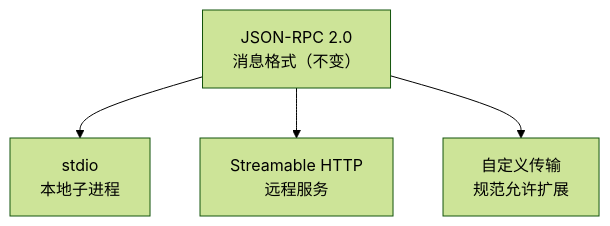
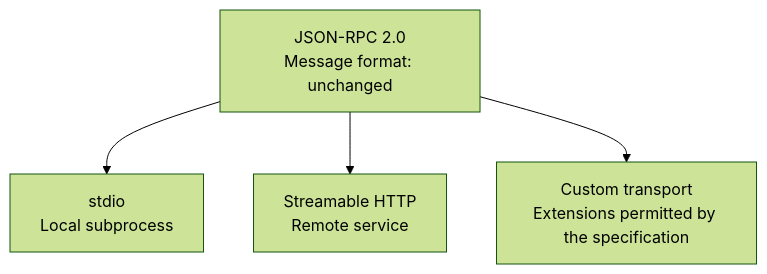
The fourth of 5 diagrams in docs/tools/02-mcp/05-mcp-components.md (oneleaveknowsthefall/awesome-ai-roadmap), drawn with Mermaid (forest theme) before and after one commit. The commit also changed other lines of this file and 42 other files, not shown here.

````diff
--- a/docs/tools/02-mcp/05-mcp-components.md
+++ b/docs/tools/02-mcp/05-mcp-components.md
@@ -157,7 +157,7 @@
 ```mermaid
 flowchart TB
-    MSG["JSON-RPC 2.0<br/>消息格式（不变）"]
-    MSG --> T1["stdio<br/>本地子进程"]
-    MSG --> T2["Streamable HTTP<br/>远程服务"]
-    MSG --> T3["自定义传输<br/>规范允许扩展"]
+    MSG["JSON-RPC 2.0<br/>Message format: unchanged"]
+    MSG --> T1["stdio<br/>Local subprocess"]
+    MSG --> T2["Streamable HTTP<br/>Remote service"]
+    MSG --> T3["Custom transport<br/>Extensions permitted by the specification"]
 ```
````
